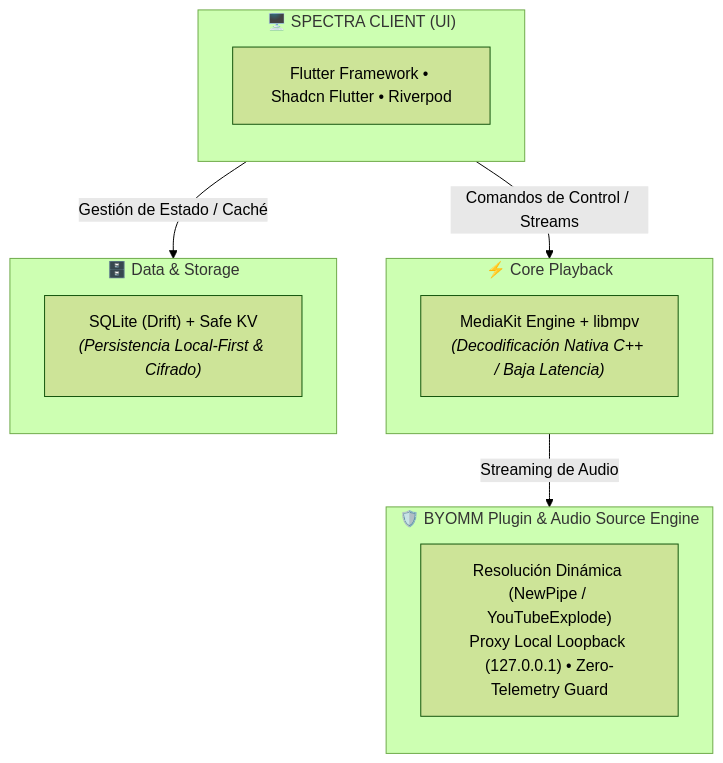
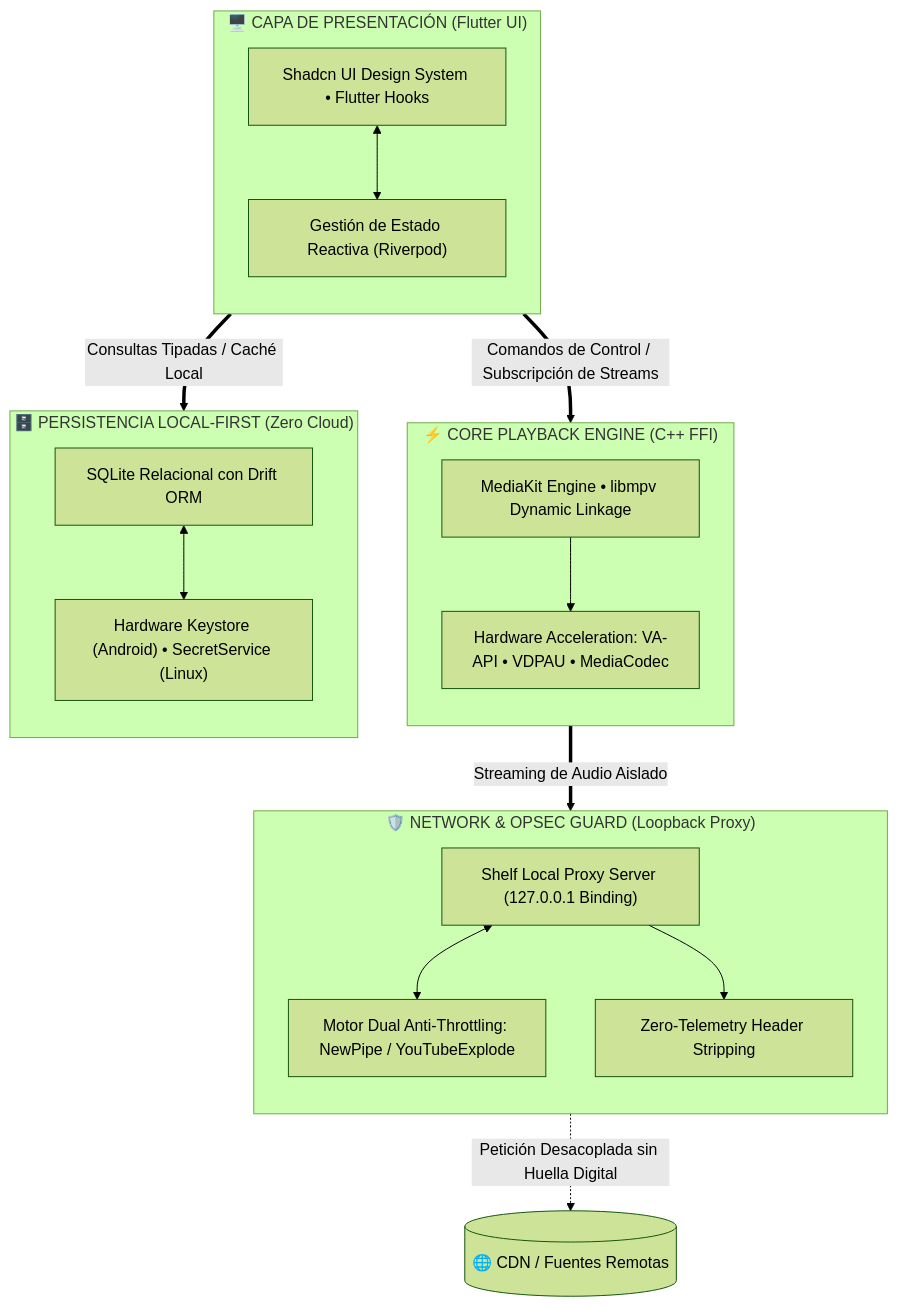
Before and after one commit to rodrigo47363/spectra: the first of 2 diagrams in README.md, drawn with Mermaid (forest theme). The commit also changed other lines of this file, not shown here.

Commit message:
docs: finalize production README with visual showcase, cryptographic verification, and architecture diagrams

````diff
--- a/README.md
+++ b/README.md
@@ -53,26 +164,37 @@
 ```mermaid
 flowchart TD
-    subgraph UI ["🖥️ SPECTRA CLIENT (UI)"]
+    subgraph UI ["🖥️ CAPA DE PRESENTACIÓN (Flutter UI)"]
         direction TB
-        U["Flutter Framework • Shadcn Flutter • Riverpod"]
+        A1["Shadcn UI Design System • Flutter Hooks"]
+        A2["Gestión de Estado Reactiva (Riverpod)"]
+        A1 <--> A2
     end
 
-    subgraph Core ["⚡ Core Playback"]
+    subgraph Core ["⚡ CORE PLAYBACK ENGINE (C++ FFI)"]
         direction TB
-        C["MediaKit Engine + libmpv<br/><i>(Decodificación Nativa C++ / Baja Latencia)</i>"]
+        B1["MediaKit Engine • libmpv Dynamic Linkage"]
+        B2["Hardware Acceleration: VA-API • VDPAU • MediaCodec"]
+        B1 --> B2
     end
 
-    subgraph Data ["🗄️ Data & Storage"]
+    subgraph Security ["🛡️ NETWORK & OPSEC GUARD (Loopback Proxy)"]
         direction TB
-        D["SQLite (Drift) + Safe KV<br/><i>(Persistencia Local-First & Cifrado)</i>"]
+        C1["Shelf Local Proxy Server (127.0.0.1 Binding)"]
+        C2["Motor Dual Anti-Throttling: NewPipe / YouTubeExplode"]
+        C3["Zero-Telemetry Header Stripping"]
+        C1 <--> C2
+        C1 --> C3
     end
 
-    subgraph Engine ["🛡️ BYOMM Plugin & Audio Source Engine"]
+    subgraph Data ["🗄️ PERSISTENCIA LOCAL-FIRST (Zero Cloud)"]
         direction TB
-        E["Resolución Dinámica (NewPipe / YouTubeExplode)<br/>Proxy Local Loopback (127.0.0.1) • Zero-Telemetry Guard"]
+        D1["SQLite Relacional con Drift ORM"]
+        D2["Hardware Keystore (Android) • SecretService (Linux)"]
+        D1 <--> D2
     end
 
-    UI -->|Comandos de Control / Streams| Core
-    UI -->|Gestión de Estado / Caché| Data
-    Core -->|Streaming de Audio| Engine
+    UI ==>|Comandos de Control / Subscripción de Streams| Core
+    UI ==>|Consultas Tipadas / Caché Local| Data
+    Core ==>|Streaming de Audio Aislado| Security
+    Security -.->|Petición Desacoplada sin Huella Digital| Ext[("🌐 CDN / Fuentes Remotas")]
 ```
````
